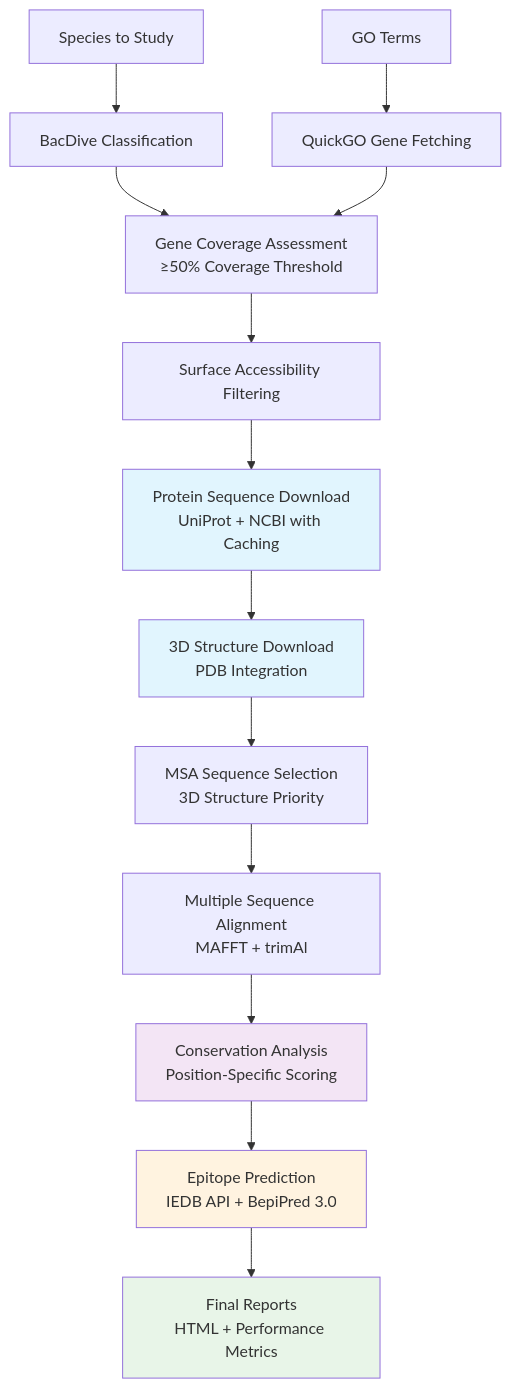
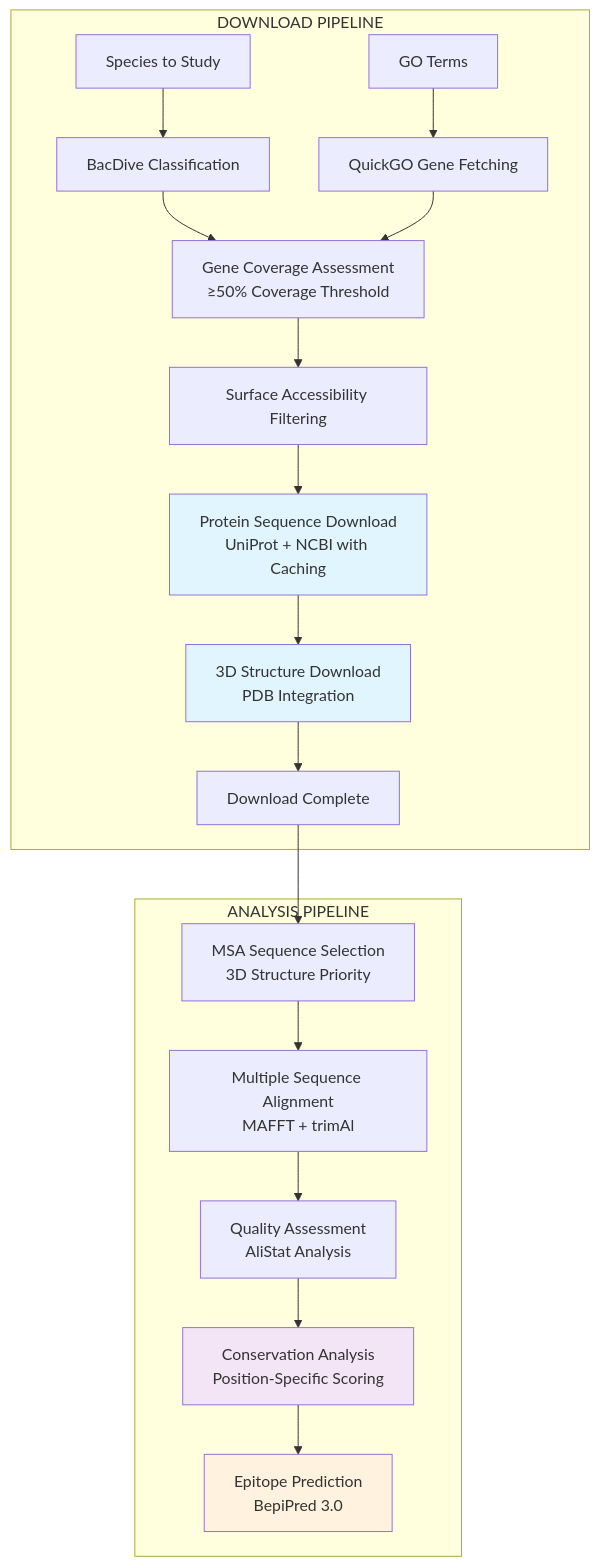
The diagram in README.md (CatiaBio/TargSeek), drawn with Mermaid before and after one commit. The commit also changed other lines of this file and 2 other files, not shown here.

First line of the commit message:
Update project documentation for dual-pipeline architecture

````diff
--- a/README.md
+++ b/README.md
@@ -26,21 +29,26 @@
 ```mermaid
 graph TD
-    A[Species to Study] --> B[BacDive Classification]
-    C[GO Terms] --> D[QuickGO Gene Fetching] 
-    B --> E[Gene Coverage Assessment<br/>≥50% Coverage Threshold]
-    D --> E
-    E --> F[Surface Accessibility Filtering]
-    F --> G[Protein Sequence Download<br/>UniProt + NCBI with Caching]
-    G --> H[3D Structure Download<br/>PDB Integration]
-    H --> I[MSA Sequence Selection<br/>3D Structure Priority]
-    I --> J[Multiple Sequence Alignment<br/>MAFFT + trimAl]
-    J --> K[Conservation Analysis<br/>Position-Specific Scoring]
-    K --> L[Epitope Prediction<br/>IEDB API + BepiPred 3.0]
-    L --> M[Final Reports<br/>HTML + Performance Metrics]
+    subgraph "DOWNLOAD PIPELINE"
+        A[Species to Study] --> B[BacDive Classification]
+        C[GO Terms] --> D[QuickGO Gene Fetching] 
+        B --> E[Gene Coverage Assessment<br/>≥50% Coverage Threshold]
+        D --> E
+        E --> F[Surface Accessibility Filtering]
+        F --> G[Protein Sequence Download<br/>UniProt + NCBI with Caching]
+        G --> H[3D Structure Download<br/>PDB Integration]
+        H --> I[Download Complete]
+    end
+    
+    subgraph "ANALYSIS PIPELINE"
+        I --> J[MSA Sequence Selection<br/>3D Structure Priority]
+        J --> K[Multiple Sequence Alignment<br/>MAFFT + trimAl]
+        K --> L[Quality Assessment<br/>AliStat Analysis]
+        L --> M[Conservation Analysis<br/>Position-Specific Scoring]
+        M --> N[Epitope Prediction<br/>BepiPred 3.0]
+    end
     
     style G fill:#e1f5fe
     style H fill:#e1f5fe
-    style K fill:#f3e5f5
-    style L fill:#fff3e0
-    style M fill:#e8f5e8
+    style M fill:#f3e5f5
+    style N fill:#fff3e0
 ```
````
